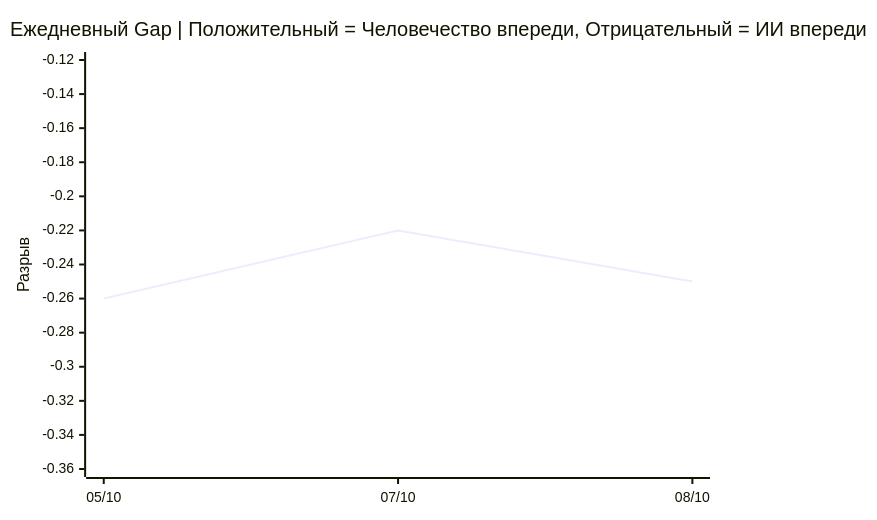
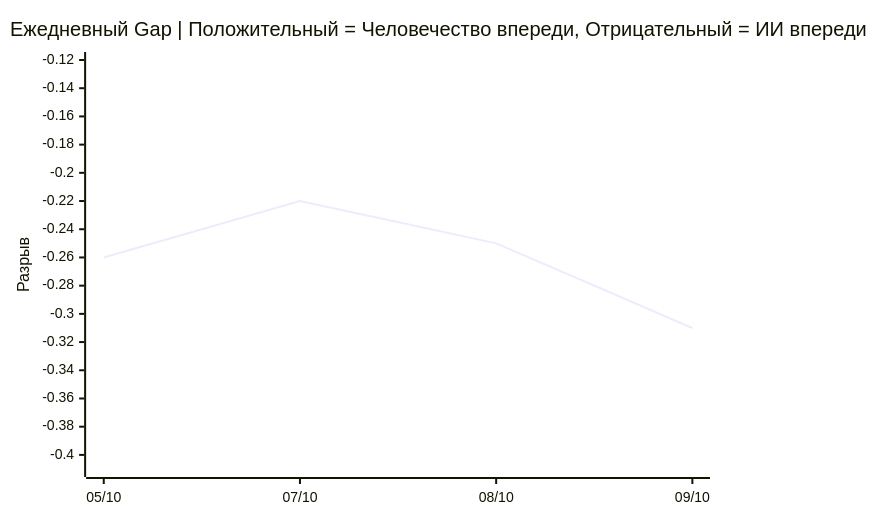
Before and after one commit to VQQLK/Human-AI-Monitor: the third of 3 diagrams in README.ru.md, drawn with Mermaid. The commit also changed other lines of this file and 3 other files, not shown here.

````diff
--- a/README.ru.md
+++ b/README.ru.md
@@ -52,7 +52,7 @@
 ```mermaid
 xychart-beta
     title "Ежедневный Gap | Положительный = Человечество впереди, Отрицательный = ИИ впереди"
-    x-axis ["05/10", "07/10", "08/10"]
-    y-axis "Разрыв" -0.36 --> -0.12
-    line [-0.26, -0.22, -0.25]
+    x-axis ["05/10", "07/10", "08/10", "09/10"]
+    y-axis "Разрыв" -0.41 --> -0.12
+    line [-0.26, -0.22, -0.25, -0.31]
 ```
````
